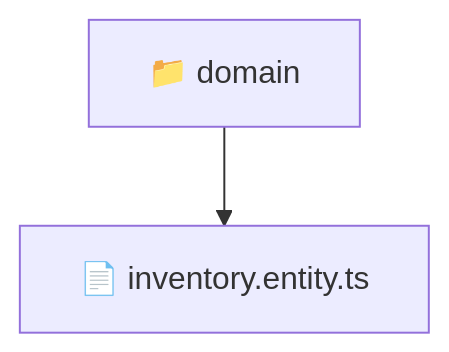
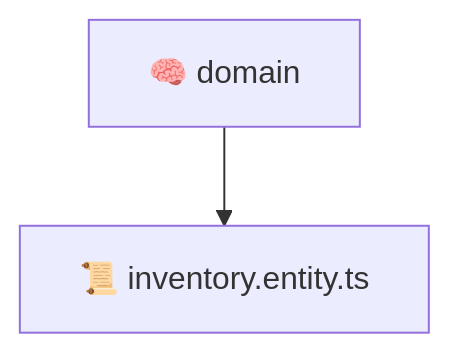
The diagram in backend/src/modules/inventory/domain/README.md (beginwebdev2002/fullstack-mavluda), drawn with Mermaid before and after one commit. The commit also changed other lines of this file and 163 other files, not shown here.

````diff
--- a/backend/src/modules/inventory/domain/README.md
+++ b/backend/src/modules/inventory/domain/README.md
@@ -9,5 +9,5 @@
 ```mermaid
 graph TD
-  Root["📁 domain"]
-  Root --> inventory_entity_ts["📄 inventory.entity.ts"]
+  domain["🧠 domain"]
+  domain --> inventory_entity_ts["📜 inventory.entity.ts"]
 ```
````
